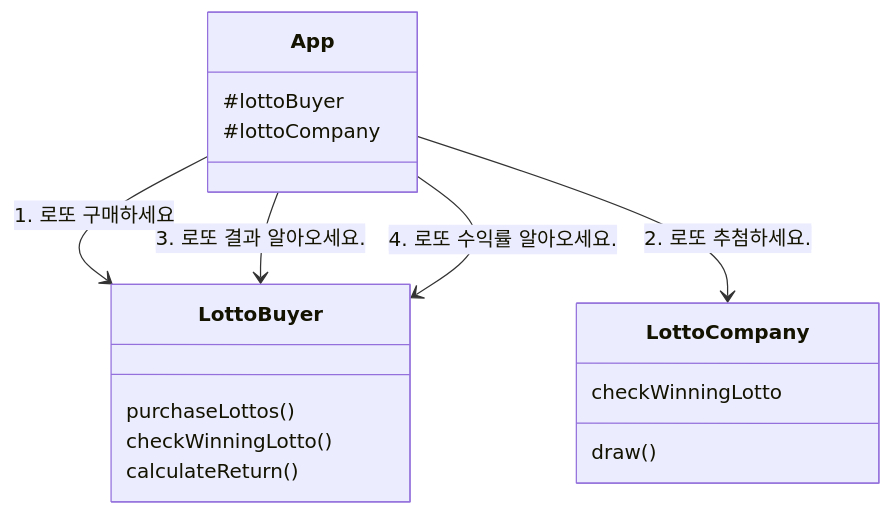
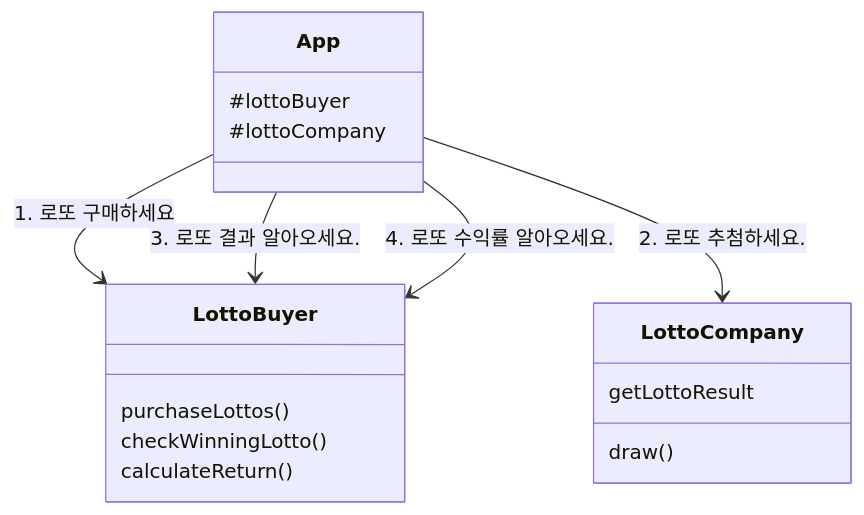
Before and after one commit to woowacourse-precourse/javascript-lotto-7: the second of 3 diagrams in README.md, drawn with Mermaid. The commit also changed other lines of this file, not shown here.

````diff
--- a/README.md
+++ b/README.md
@@ -185,21 +186,21 @@
 ```mermaid
 classDiagram
   App --> LottoBuyer : 1. 로또 구매하세요
   App --> LottoCompany : 2. 로또 추첨하세요.
   App --> LottoBuyer : 3. 로또 결과 알아오세요.
   App --> LottoBuyer : 4. 로또 수익률 알아오세요.
 
 	class App{
 	  #lottoBuyer
 	  #lottoCompany
   }
   class LottoBuyer{
 	  purchaseLottos()
 	  checkWinningLotto()
 	  calculateReturn()
   }
   class LottoCompany{
 	  draw()
-	  checkWinningLotto
+	  getLottoResult
   }
 ```
````
